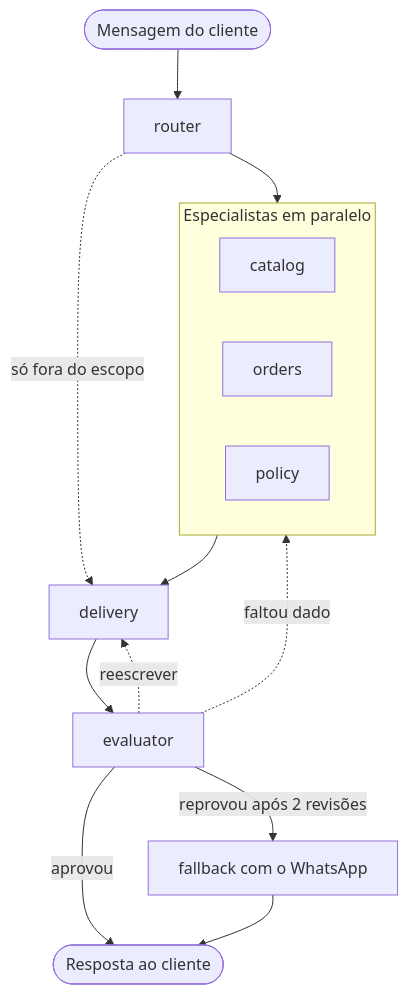
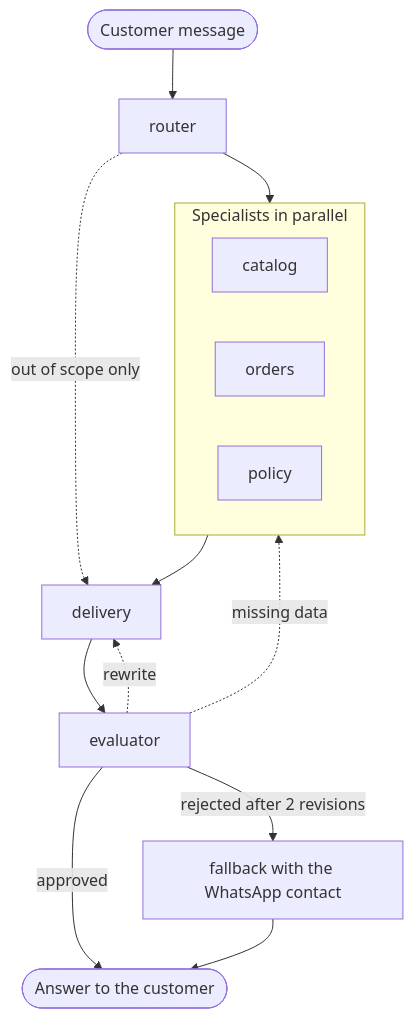
One commit to leandroohsr/artefact changed the diagram in README.md. Above: the diagram before and after it, drawn with Mermaid. The commit also changed other lines of this file, not shown here.

````diff
--- a/README.md
+++ b/README.md
@@ -41,19 +41,19 @@
 ```mermaid
 flowchart TD
-    start([Mensagem do cliente]) --> router
-    router --> especialistas
-    router -.->|só fora do escopo| delivery
-    subgraph especialistas [Especialistas em paralelo]
+    start([Customer message]) --> router
+    router --> specialists
+    router -.->|out of scope only| delivery
+    subgraph specialists [Specialists in parallel]
         direction LR
         catalog
         orders
         policy
     end
-    especialistas --> delivery
+    specialists --> delivery
     delivery --> evaluator
-    evaluator -->|aprovou| resposta([Resposta ao cliente])
-    evaluator -.->|faltou dado| especialistas
-    evaluator -.->|reescrever| delivery
-    evaluator -->|reprovou após 2 revisões| fallback[fallback com o WhatsApp]
-    fallback --> resposta
+    evaluator -->|approved| answer([Answer to the customer])
+    evaluator -.->|missing data| specialists
+    evaluator -.->|rewrite| delivery
+    evaluator -->|rejected after 2 revisions| fallback[fallback with the WhatsApp contact]
+    fallback --> answer
 ```
````
